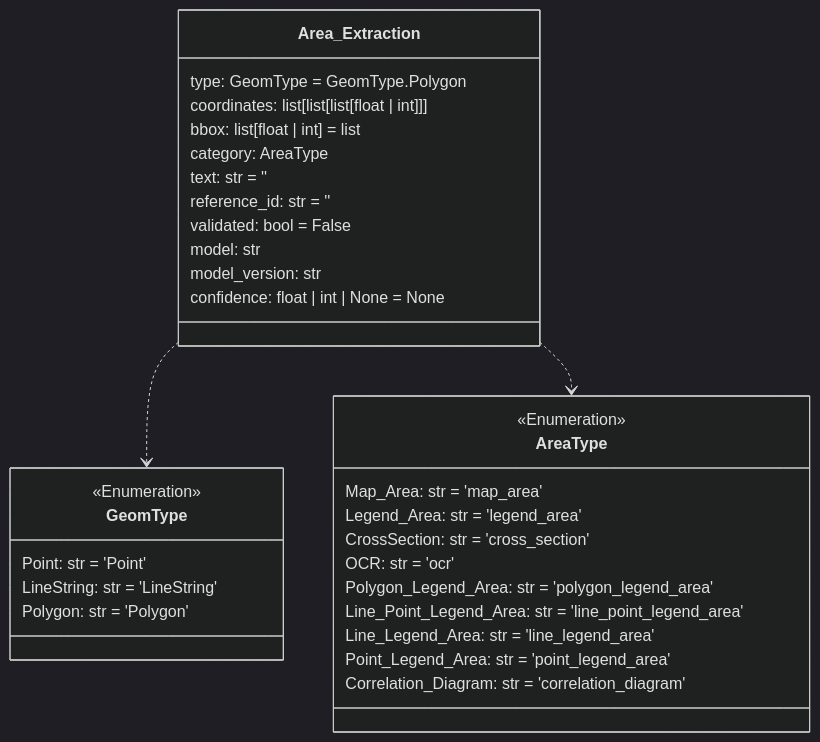
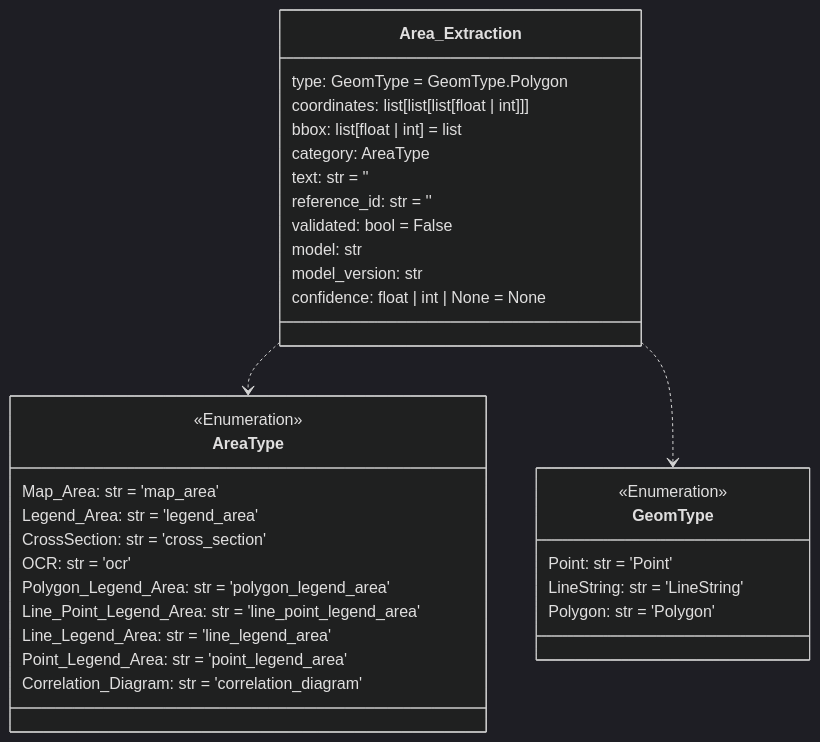
One commit to DARPA-CRITICALMAAS/cdr_schemas changed the first of 14 diagrams in README.md. Above: the diagram before and after it, drawn with Mermaid (dark theme). The commit also changed other lines of this file and 1 other file, not shown here.

````diff
--- a/README.md
+++ b/README.md
@@ -68,41 +68,41 @@
 ```mermaid
 classDiagram
+
+    class AreaType {
+        <<Enumeration>>
+        Map_Area: str = 'map_area'
+        Legend_Area: str = 'legend_area'
+        CrossSection: str = 'cross_section'
+        OCR: str = 'ocr'
+        Polygon_Legend_Area: str = 'polygon_legend_area'
+        Line_Point_Legend_Area: str = 'line_point_legend_area'
+        Line_Legend_Area: str = 'line_legend_area'
+        Point_Legend_Area: str = 'point_legend_area'
+        Correlation_Diagram: str = 'correlation_diagram'
+    }
 
     class Area_Extraction {
         type: GeomType = GeomType.Polygon
         coordinates: list[list[list[float | int]]]
         bbox: list[float | int] = list
         category: AreaType
         text: str = ''
         reference_id: str = ''
         validated: bool = False
         model: str
         model_version: str
         confidence: float | int | None = None
     }
 
     class GeomType {
         <<Enumeration>>
         Point: str = 'Point'
         LineString: str = 'LineString'
         Polygon: str = 'Polygon'
     }
 
-    class AreaType {
-        <<Enumeration>>
-        Map_Area: str = 'map_area'
-        Legend_Area: str = 'legend_area'
-        CrossSection: str = 'cross_section'
-        OCR: str = 'ocr'
-        Polygon_Legend_Area: str = 'polygon_legend_area'
-        Line_Point_Legend_Area: str = 'line_point_legend_area'
-        Line_Legend_Area: str = 'line_legend_area'
-        Point_Legend_Area: str = 'point_legend_area'
-        Correlation_Diagram: str = 'correlation_diagram'
-    }
-
+    Area_Extraction ..> AreaType
     Area_Extraction ..> GeomType
-    Area_Extraction ..> AreaType
 
 
 ```
````
